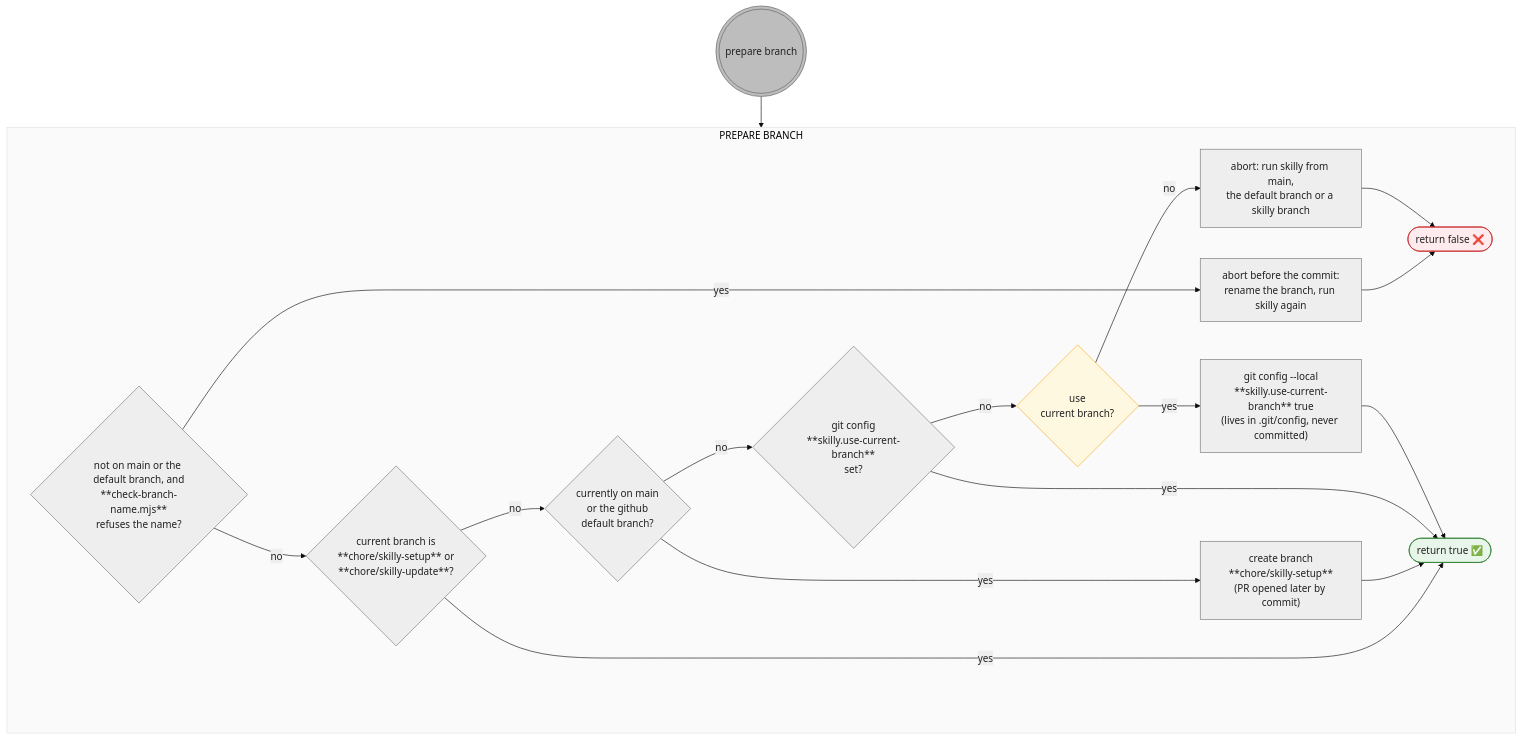
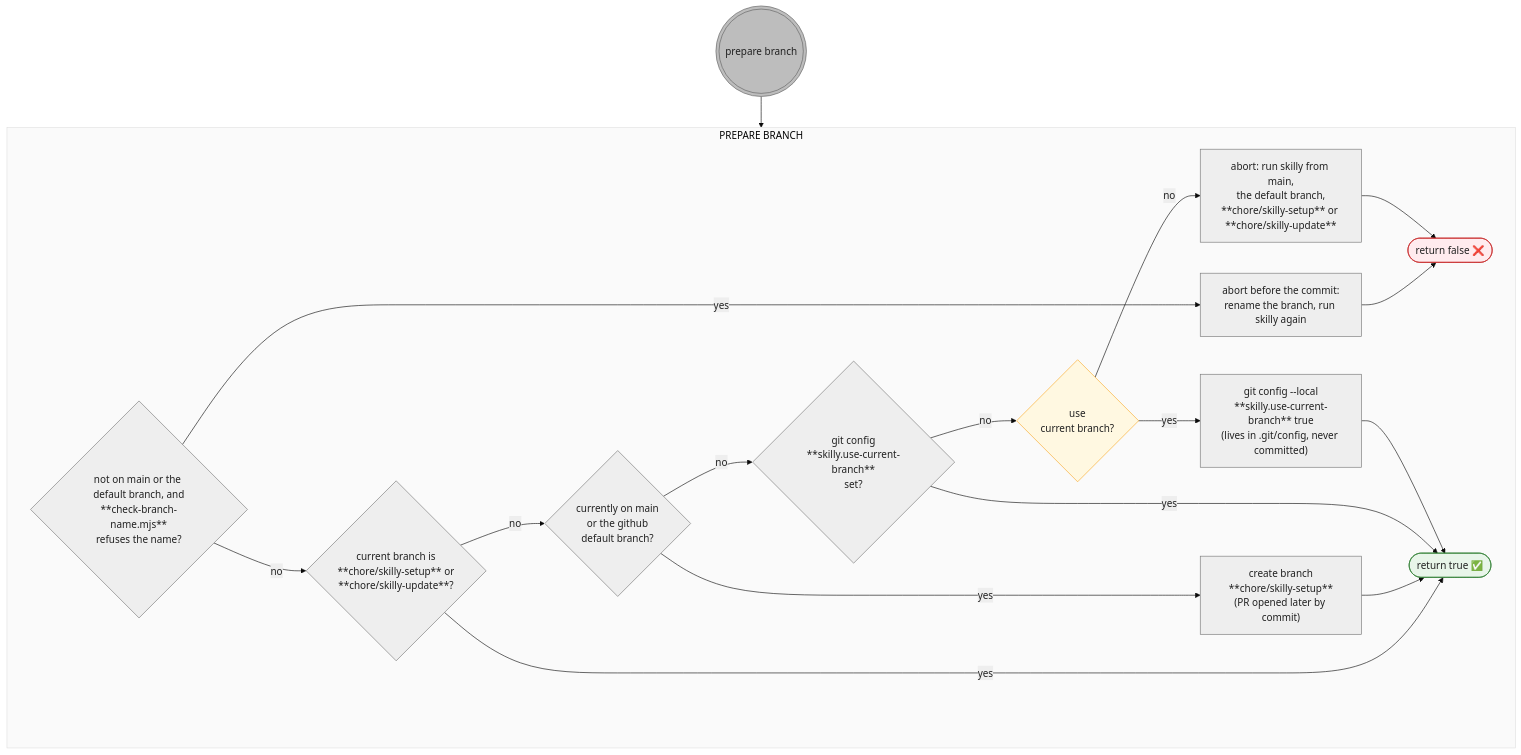
The diagram in docs/prepare-branch.mmd (timschoch/skilly), drawn with Mermaid before and after one commit.

Commit message:
docs(prepare-branch): name both skilly branches in the abort box

```diff
--- a/docs/prepare-branch.mmd
+++ b/docs/prepare-branch.mmd
@@ -1,54 +1,54 @@
 ---
 config:
   theme: base
   themeVariables:
     primaryColor: "#eeeeee"
     primaryBorderColor: "#757575"
     primaryTextColor: "#212121"
     clusterBkg: "#fafafa"
     clusterBorder: "#e0e0e0"
 ---
 flowchart TD
     %% shapes: ((( ))) entry point · [/ \] user action (blue) · [ ] script action (gray) · { } decision (amber) · ([ ]) state (green)
 
     ENTER-EB((("prepare branch"))) --> EB
     subgraph EB["PREPARE BRANCH"]
         EBQ-NAME{"not on main or the default branch, and<br>**check-branch-name.mjs**<br>refuses the name?"}
             EBQ-NAME -->|yes| EB-NAME-ABORT["abort before the commit:<br>rename the branch, run skilly again"] --> EB-FALSE
             EBQ-NAME -->|no| EBQ1
 
         EBQ1{"current branch is<br>**chore/skilly-setup** or<br>**chore/skilly-update**?"}
             EBQ1 -->|yes| EB-TRUE
             EBQ1 -->|no| EBQ-MAIN
 
             EBQ-MAIN{"currently on main<br>or the github<br>default branch?"}
                 EBQ-MAIN -->|yes| EB-CREATE["create branch<br>**chore/skilly-setup**<br>(PR opened later by commit)"] --> EB-TRUE
                 EBQ-MAIN -->|no| EBQ-CFG
 
             EBQ-CFG{"git config<br>**skilly.use-current-branch**<br>set?"}
                 EBQ-CFG -->|yes| EB-TRUE
                 EBQ-CFG -->|no| EBQ3
 
                 EBQ3{"use<br>current branch?"}
                     EBQ3 -->|yes| EB-SET-CFG
                     EBQ3 -->|no| EB-ABORT
                     EB-SET-CFG["git config --local<br>**skilly.use-current-branch** true<br>(lives in .git/config, never committed)"] --> EB-TRUE
 
         EB-TRUE(["return true ✅"])
-        EB-ABORT["abort: run skilly from main,<br>the default branch or a skilly branch"] --> EB-FALSE
+        EB-ABORT["abort: run skilly from main,<br>the default branch,<br>**chore/skilly-setup** or **chore/skilly-update**"] --> EB-FALSE
         EB-FALSE(["return false ❌"])
     end
 
 
     %% EBQ-NAME/EBQ1/EBQ-MAIN/EBQ-CFG are script checks -> default gray, not amber
     classDef decision fill:#fff8e1,stroke:#f9a825
     class EBQ3 decision
 
     classDef entry fill:#bdbdbd,stroke:#616161
     class ENTER-EB entry
 
     classDef ok fill:#e8f5e9,stroke:#2e7d32
     class EB-TRUE ok
 
     classDef fail fill:#ffebee,stroke:#c62828
     class EB-FALSE fail
```
